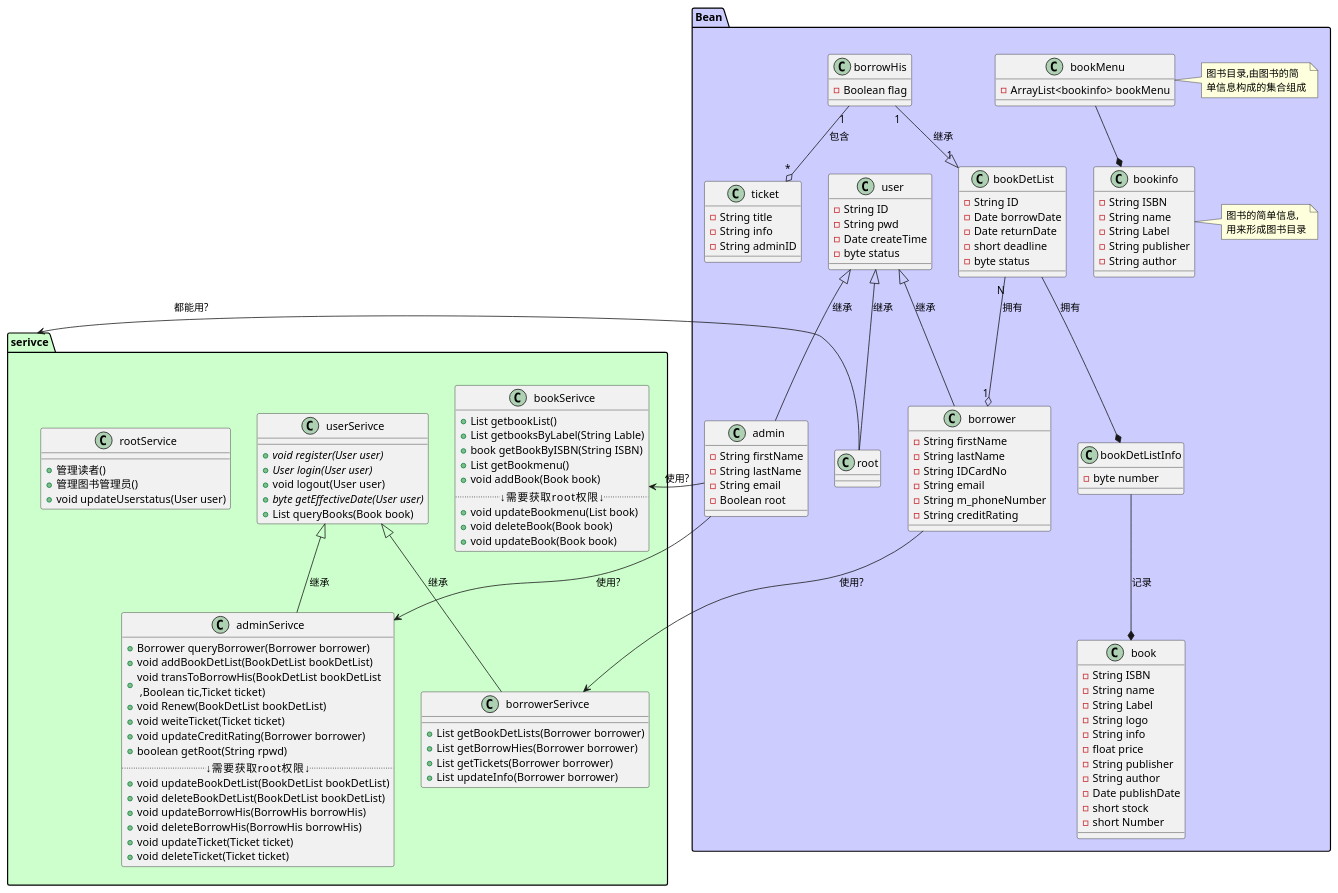
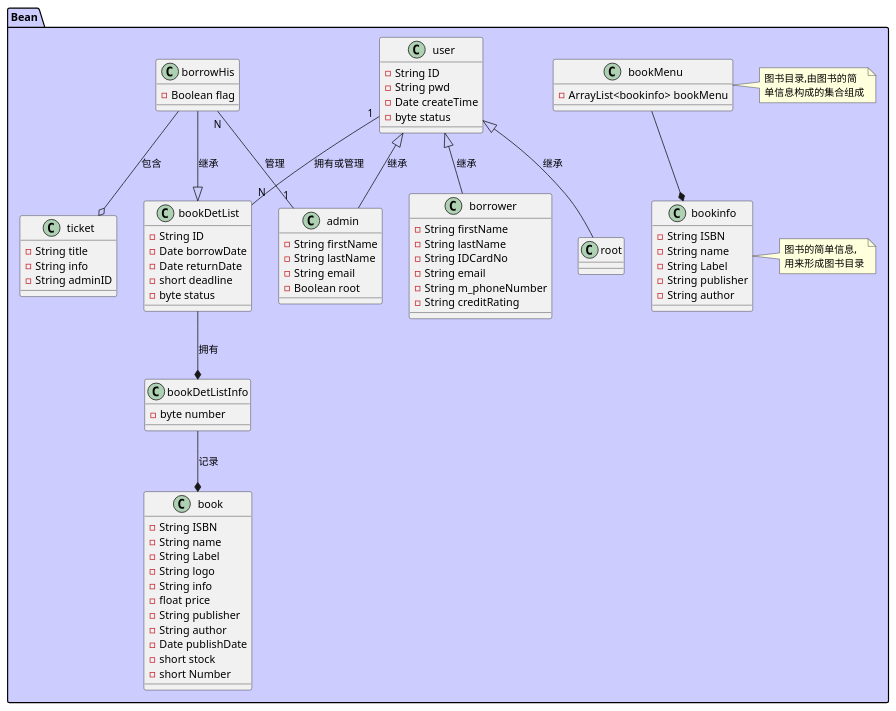
The diagram in test3/classView.pu (201610414130/is_analysis-4), drawn with PlantUML before and after one commit. The commit also changed 3 other files, not shown here.

Commit message:
根据意见删除了类图中的service包,修改了bean包中的关系连线等

```diff
--- a/test3/classView.pu
+++ b/test3/classView.pu
@@ -1,137 +1,138 @@
-@startuml classView
+@startuml classView_v2
 ' 由于继承关系,未覆盖的属性或方法不再列出
 ' 由于篇幅关系,省略类的set/get方法
 package Bean #ccf{
     class user{
         -String ID
         -String pwd
         -Date createTime
         -byte status
     }
     class borrower{
         -String firstName
         -String lastName
         -String IDCardNo
         -String email
         -String m_phoneNumber
         -String creditRating
     }
     class admin{
         -String firstName
         -String lastName
         -String email
         -Boolean root
     }
     class root{
 
     }
     borrower -up-|> user:继承
     admin -up-|> user:继承
     root -up-|> user:继承
 
     class bookinfo{
         -String ISBN
         -String name
         -String Label
         -String publisher
         -String author
     }
     note right: 图书的简单信息,\n用来形成图书目录
 
     class bookMenu{
         -ArrayList<bookinfo> bookMenu
     }
     note right: 图书目录,由图书的简\n单信息构成的集合组成
     bookMenu --* bookinfo
     class book{
         -String ISBN
         -String name
         -String Label
         -String logo
         -String info
         -float price
         -String publisher
         -String author
         -Date publishDate
         -short stock
         -short Number
     }
     class bookDetList{
         -String ID
         -Date borrowDate
         -Date returnDate
         -short deadline
         -byte status
     }
     class bookDetListInfo{
         -byte number
     }
     class borrowHis{
         -Boolean flag
     }
     class ticket{
         -String title
         -String info
         -String adminID
     }
     bookDetListInfo --* book:记录
-    bookDetList "N" --o "1" borrower:拥有
-    borrowHis "1" --|> "1" bookDetList:继承
+    bookDetList "N" -left- "1" user:拥有或管理
+    borrowHis "N" -- "1" admin:管理
+    borrowHis --|> bookDetList:继承
     bookDetList --* bookDetListInfo:拥有
-    borrowHis "1" --o "*" ticket:包含
-    ' admin "1" -- "*" bookDetList:管理维护
+    borrowHis --o ticket:包含
 }
-package serivce #cfc{
-    class userSerivce{
-        {abstract}+void register(User user)
-        {abstract}+User login(User user)
-        +void logout(User user)
-        {abstract}+byte getEffectiveDate(User user)
-        +List queryBooks(Book book)
-    }
-    class borrowerSerivce{
-        +List getBookDetLists(Borrower borrower)
-        +List getBorrowHies(Borrower borrower)
-        +List getTickets(Borrower borrower)
-        +List updateInfo(Borrower borrower)
-    }
-    class adminSerivce{
-        +Borrower queryBorrower(Borrower borrower)
-        +void addBookDetList(BookDetList bookDetList)
-        +void transToBorrowHis(BookDetList bookDetList\n ,Boolean tic,Ticket ticket)
-        +void Renew(BookDetList bookDetList)
-        +void weiteTicket(Ticket ticket)
-        +void updateCreditRating(Borrower borrower)
-        +boolean getRoot(String rpwd)
-        ..↓需要获取root权限↓..
-        +void updateBookDetList(BookDetList bookDetList)
-        +void deleteBookDetList(BookDetList bookDetList)
-        +void updateBorrowHis(BorrowHis borrowHis)
-        +void deleteBorrowHis(BorrowHis borrowHis)
-        +void updateTicket(Ticket ticket)
-        +void deleteTicket(Ticket ticket)
-    }
-    class bookSerivce{
-        +List getbookList()
-        +List getbooksByLabel(String Lable)
-        +book getBookByISBN(String ISBN)
-        +List getBookmenu()
-        +void addBook(Book book)
-        ..↓需要获取root权限↓..
-        +void updateBookmenu(List book)
-        +void deleteBook(Book book)
-        +void updateBook(Book book)
-    }
-    class rootService{
-        +管理读者()
-        +管理图书管理员()
-        +void updateUserstatus(User user)
-    }
-    borrowerSerivce -up-|>userSerivce:继承
-    adminSerivce -up-|>userSerivce:继承
-}
-admin -> bookSerivce:使用?
-admin -> adminSerivce:使用?
-borrower -> borrowerSerivce:使用?
-root -> serivce:都能用?
+' 不需要用例中的方法,故去掉.
+' package serivce #cfc{
+'     class userSerivce{
+'         {abstract}+void register(User user)
+'         {abstract}+User login(User user)
+'         +void logout(User user)
+'         {abstract}+byte getEffectiveDate(User user)
+'         +List queryBooks(Book book)
+'     }
+'     class borrowerSerivce{
+'         +List getBookDetLists(Borrower borrower)
+'         +List getBorrowHies(Borrower borrower)
+'         +List getTickets(Borrower borrower)
+'         +List updateInfo(Borrower borrower)
+'     }
+'     class adminSerivce{
+'         +Borrower queryBorrower(Borrower borrower)
+'         +void addBookDetList(BookDetList bookDetList)
+'         +void transToBorrowHis(BookDetList bookDetList\n ,Boolean tic,Ticket ticket)
+'         +void Renew(BookDetList bookDetList)
+'         +void weiteTicket(Ticket ticket)
+'         +void updateCreditRating(Borrower borrower)
+'         +boolean getRoot(String rpwd)
+'         ..↓需要获取root权限↓..
+'         +void updateBookDetList(BookDetList bookDetList)
+'         +void deleteBookDetList(BookDetList bookDetList)
+'         +void updateBorrowHis(BorrowHis borrowHis)
+'         +void deleteBorrowHis(BorrowHis borrowHis)
+'         +void updateTicket(Ticket ticket)
+'         +void deleteTicket(Ticket ticket)
+'     }
+'     class bookSerivce{
+'         +List getbookList()
+'         +List getbooksByLabel(String Lable)
+'         +book getBookByISBN(String ISBN)
+'         +List getBookmenu()
+'         +void addBook(Book book)
+'         ..↓需要获取root权限↓..
+'         +void updateBookmenu(List book)
+'         +void deleteBook(Book book)
+'         +void updateBook(Book book)
+'     }
+'     class rootService{
+'         +管理读者()
+'         +管理图书管理员()
+'         +void updateUserstatus(User user)
+'     }
+'     borrowerSerivce -up-|>userSerivce:继承
+'     adminSerivce -up-|>userSerivce:继承
+' }
+' admin -> bookSerivce:使用?
+' admin -> adminSerivce:使用?
+' borrower -> borrowerSerivce:使用?
+' root -> serivce:都能用?
 @enduml
```
